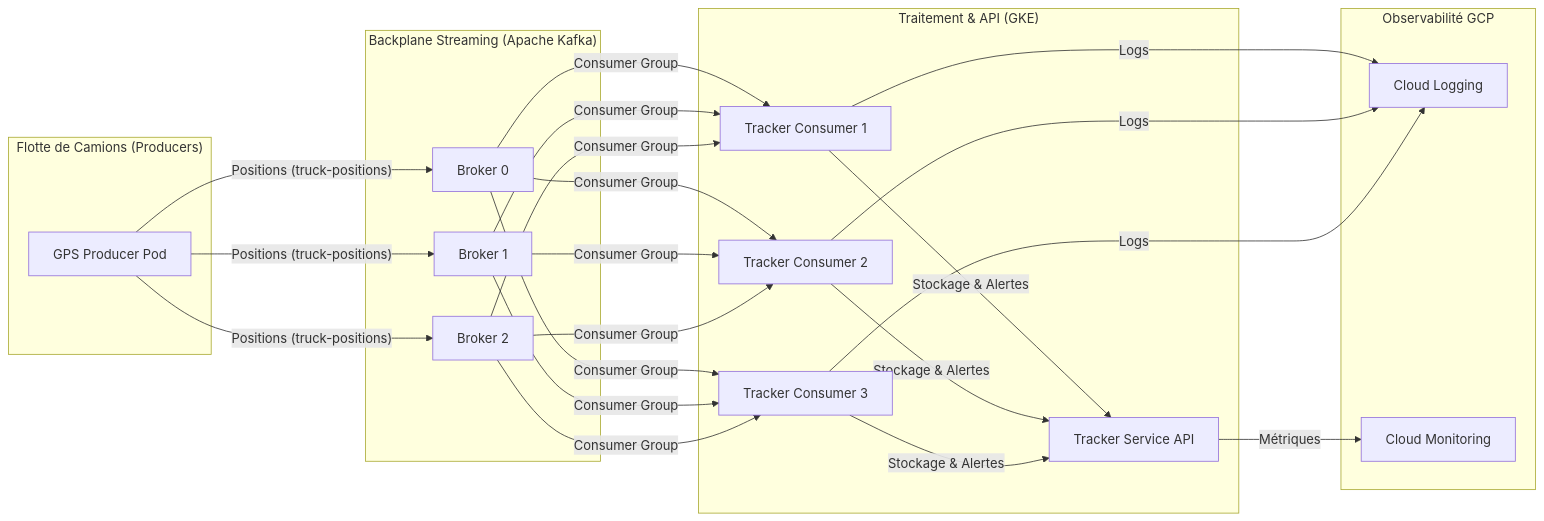
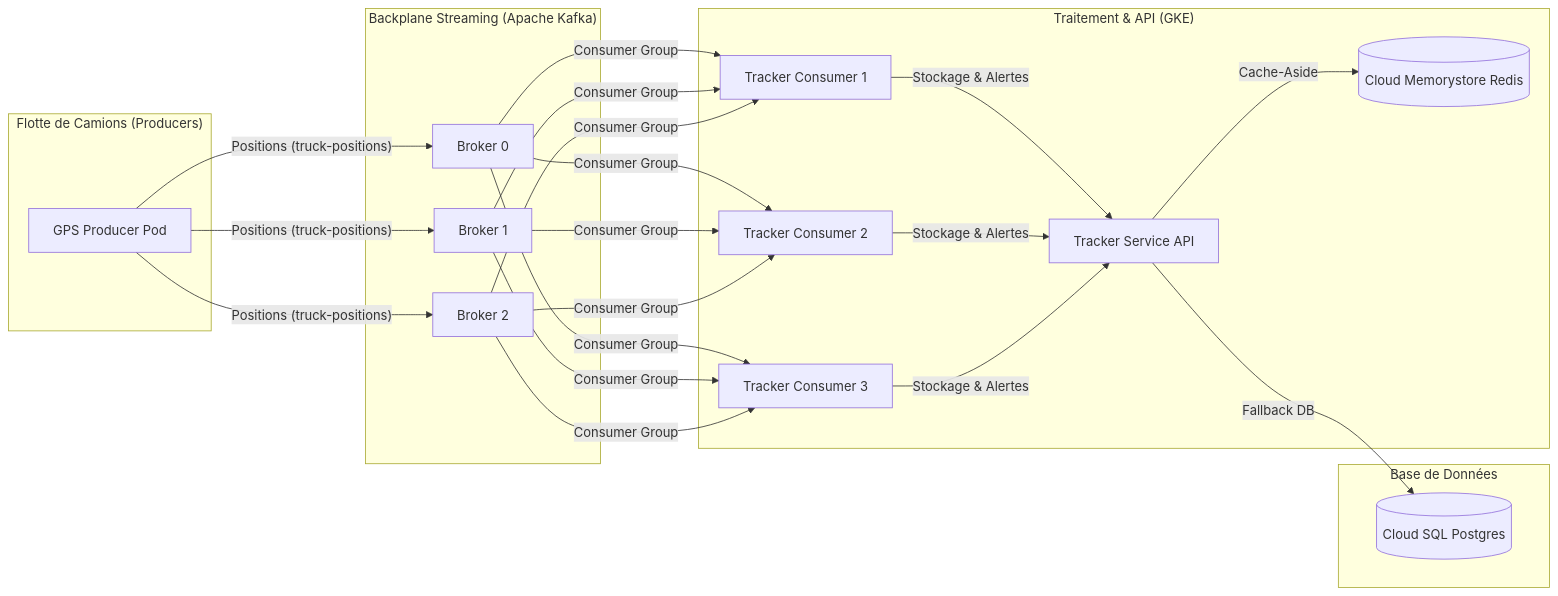
One commit to ThibautHI/TP1_Fondamentaux_GCP_apprenant changed the first of 2 diagrams in README.md. Above: the diagram before and after it, drawn with Mermaid. The commit also changed other lines of this file and 13 other files, not shown here.

````diff
--- a/README.md
+++ b/README.md
@@ -7,30 +15,30 @@
 ```mermaid
 graph LR
     subgraph "Flotte de Camions (Producers)"
         P[GPS Producer Pod]
     end
 
     subgraph "Backplane Streaming (Apache Kafka)"
         K1[Broker 0]
         K2[Broker 1]
         K3[Broker 2]
     end
 
     subgraph "Traitement & API (GKE)"
         C1[Tracker Consumer 1]
         C2[Tracker Consumer 2]
         C3[Tracker Consumer 3]
         S[Tracker Service API]
+        R[(Cloud Memorystore Redis)]
     end
 
-    subgraph "Observabilité GCP"
-        L[Cloud Logging]
-        M[Cloud Monitoring]
+    subgraph "Base de Données"
+        DB[(Cloud SQL Postgres)]
     end
 
     P -- "Positions (truck-positions)" --> K1 & K2 & K3
     K1 & K2 & K3 -- "Consumer Group" --> C1 & C2 & C3
     C1 & C2 & C3 -- "Stockage & Alertes" --> S
-    C1 & C2 & C3 -- "Logs" --> L
-    S -- "Métriques" --> M
+    S -- "Cache-Aside" --> R
+    S -- "Fallback DB" --> DB
 ```
````
